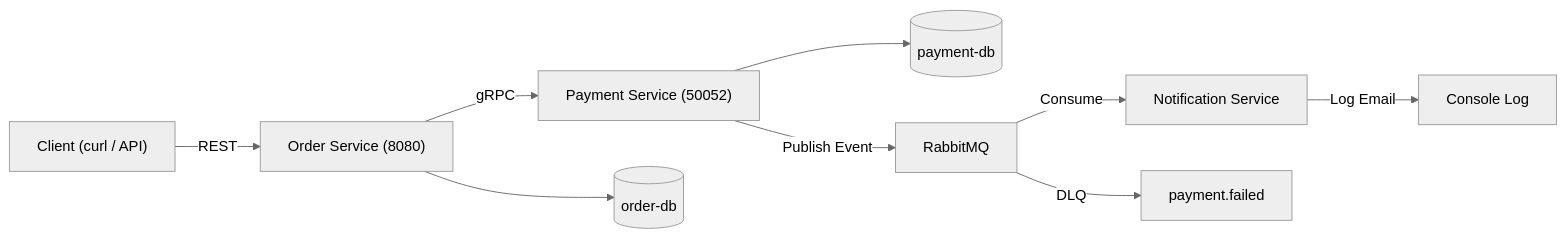
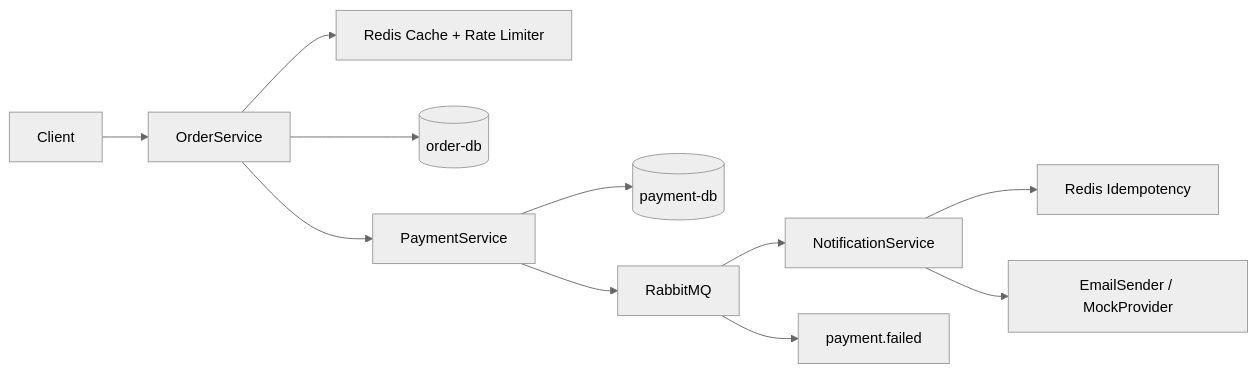
The diagram in README.md (Nuray06-1/order-payment-microservices), drawn with Mermaid (neutral theme) before and after one commit. The commit also changed other lines of this file and 21 other files, not shown here.

Commit message:
feat: implement assignment 4 with redis, retries, idempotency, provider adapter

````diff
--- a/README.md
+++ b/README.md
@@ -39,15 +39,22 @@
 ```mermaid
 graph LR
-    Client["Client (curl / API)"] -->|REST| OrderService["Order Service (8080)"]
-    OrderService -->|gRPC| PaymentService["Payment Service (50052)"]
 
-    OrderService --> OrderDB[(order-db)]
-    PaymentService --> PaymentDB[(payment-db)]
+Client --> OrderService
 
-    PaymentService -->|Publish Event| RabbitMQ["RabbitMQ"]
+OrderService --> Redis["Redis Cache + Rate Limiter"]
+OrderService --> OrderDB[(order-db)]
 
-    RabbitMQ -->|Consume| NotificationService["Notification Service"]
-    RabbitMQ -->|DLQ| DLQ["payment.failed"]
+OrderService --> PaymentService
 
-    NotificationService -->|Log Email| Logs["Console Log"]
+PaymentService --> PaymentDB[(payment-db)]
+
+PaymentService --> RabbitMQ
+
+RabbitMQ --> NotificationService
+
+NotificationService --> Redis2["Redis Idempotency"]
+
+NotificationService --> Provider["EmailSender / MockProvider"]
+
+RabbitMQ --> DLQ["payment.failed"]
 ```
````
